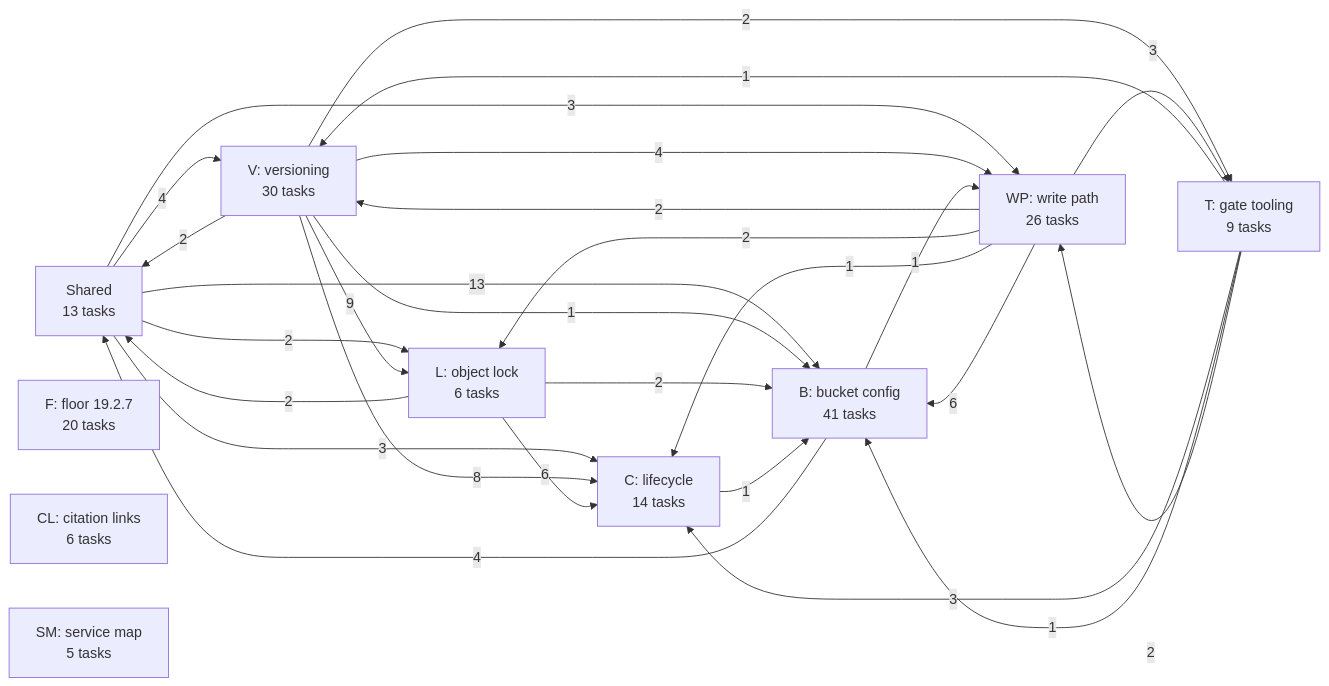
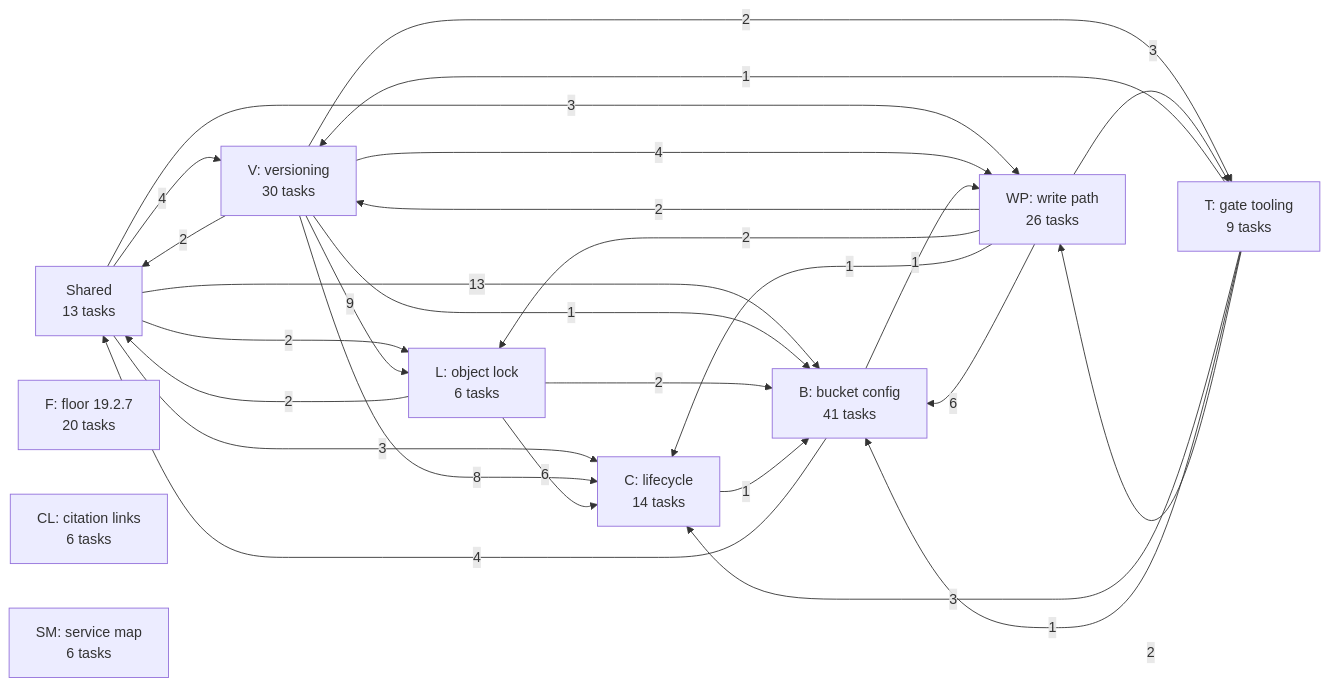
One commit to jhoblitt/rgw-go changed the first of 11 diagrams in docs/superpowers/plans/2026-10-13-phase-2/dependencies.md. Above: the diagram before and after it, drawn with Mermaid. The commit also changed other lines of this file and 2 other files, not shown here.

First line of the commit message:
docs(plan): add SM6, goceph's service map spec survives librados's shutdown race

````diff
--- a/docs/superpowers/plans/2026-10-13-phase-2/dependencies.md
+++ b/docs/superpowers/plans/2026-10-13-phase-2/dependencies.md
@@ -13,39 +13,39 @@
 ```mermaid
 flowchart LR
   u_S["Shared<br/>13 tasks"]
   u_F["F: floor 19.2.7<br/>20 tasks"]
   u_V["V: versioning<br/>30 tasks"]
   u_L["L: object lock<br/>6 tasks"]
   u_C["C: lifecycle<br/>14 tasks"]
   u_B["B: bucket config<br/>41 tasks"]
   u_WP["WP: write path<br/>26 tasks"]
   u_T["T: gate tooling<br/>9 tasks"]
   u_CL["CL: citation links<br/>6 tasks"]
-  u_SM["SM: service map<br/>5 tasks"]
+  u_SM["SM: service map<br/>6 tasks"]
   u_S -->|4| u_V
   u_S -->|2| u_L
   u_S -->|3| u_C
   u_S -->|13| u_B
   u_S -->|3| u_WP
   u_V -->|2| u_S
   u_V -->|9| u_L
   u_V -->|8| u_C
   u_V -->|1| u_B
   u_V -->|4| u_WP
   u_V -->|2| u_T
   u_L -->|6| u_C
   u_L -->|2| u_B
   u_L -->|2| u_S
   u_C -->|1| u_B
   u_B -->|4| u_S
   u_B -->|1| u_WP
   u_WP -->|2| u_V
   u_WP -->|2| u_L
   u_WP -->|1| u_C
   u_WP -->|6| u_B
   u_WP -->|3| u_T
   u_T -->|1| u_V
   u_T -->|3| u_C
   u_T -->|1| u_B
   u_T -->|2| u_WP
 ```
````
